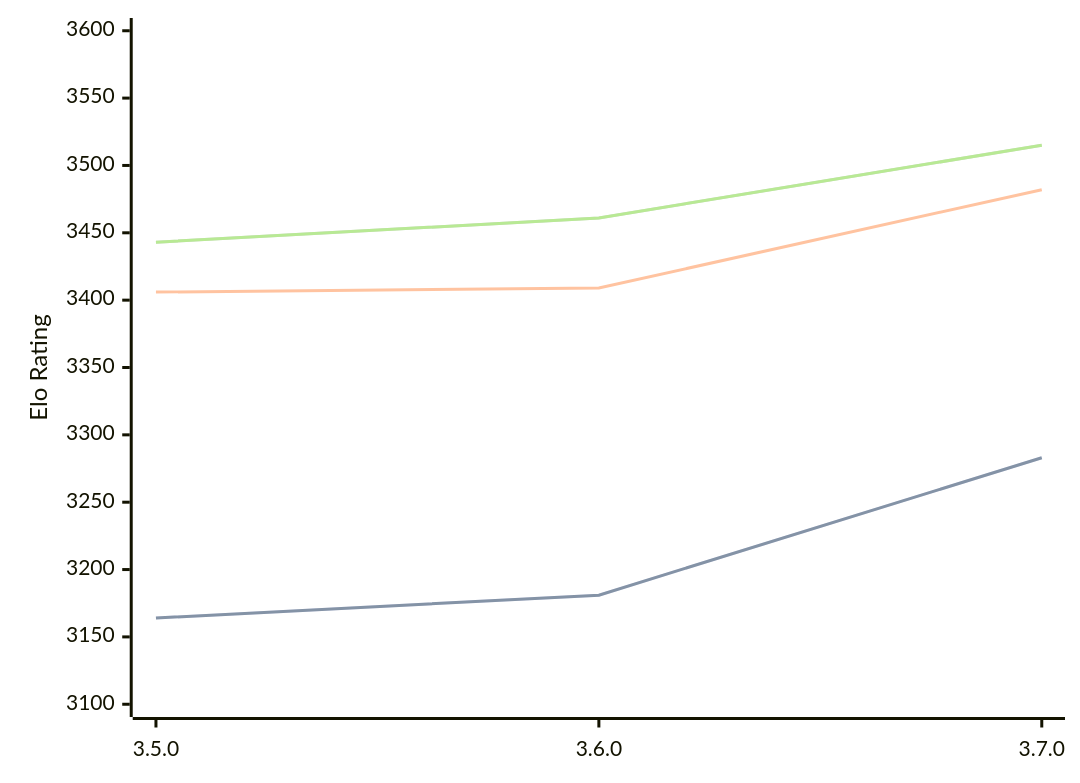
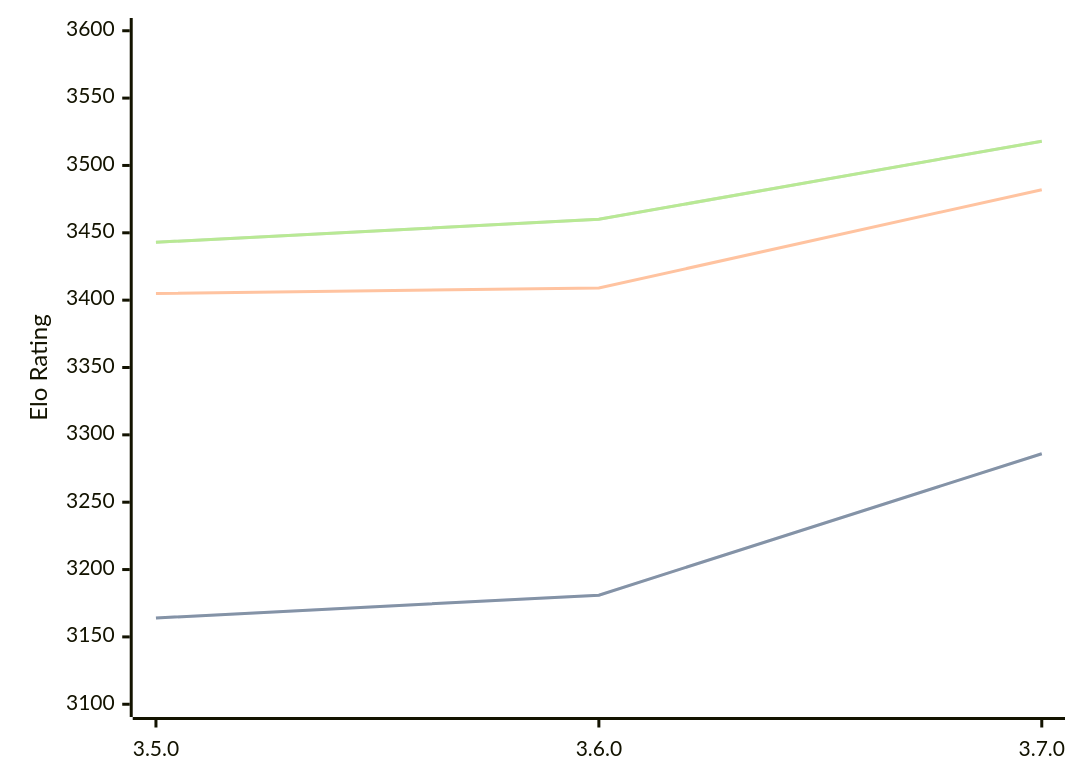
The diagram in engines/Igel.md (computer-chess-index/cci), drawn with Mermaid before and after one commit. The commit also changed other lines of this file, not shown here.

Commit message:
Update CCI Ratings (ELO VLTC) - 2026-09-03

````diff
--- a/engines/Igel.md
+++ b/engines/Igel.md
@@ -33,11 +33,11 @@
 ```mermaid
 %%{init: {"theme":"base","themeVariables":{"seriesColors:['#a3a3a3','#222221','#faa371']}}}%%
 xychart-beta
   x-axis ["3.5.0", "3.6.0", "3.7.0"]
   y-axis "Elo Rating" 3100 --> 3600
-  line "" [3164, 3181, 3283]
-  line "STC (8.0+0.08s)" [3164, 3181, 3283]
-  line "LTC (60.0+0.60s)" [3406, 3409, 3482]
-  line "" [3443, 3461, 3515]
-  line "VLTC (2m24s+1.12s)" [3443, 3461, 3515]
+  line "" [3164, 3181, 3286]
+  line "STC (8.0+0.08s)" [3164, 3181, 3286]
+  line "LTC (60.0+0.60s)" [3405, 3409, 3482]
+  line "" [3443, 3460, 3518]
+  line "VLTC (2m24s+1.12s)" [3443, 3460, 3518]
 ```
````
